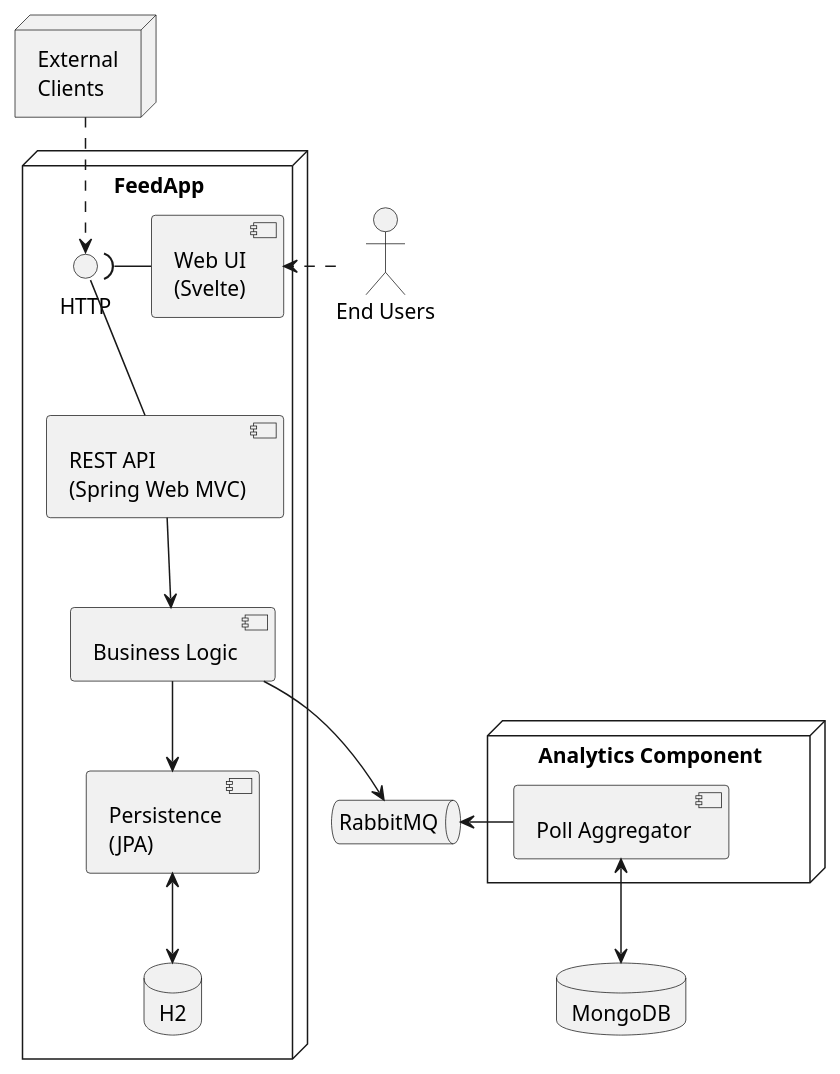
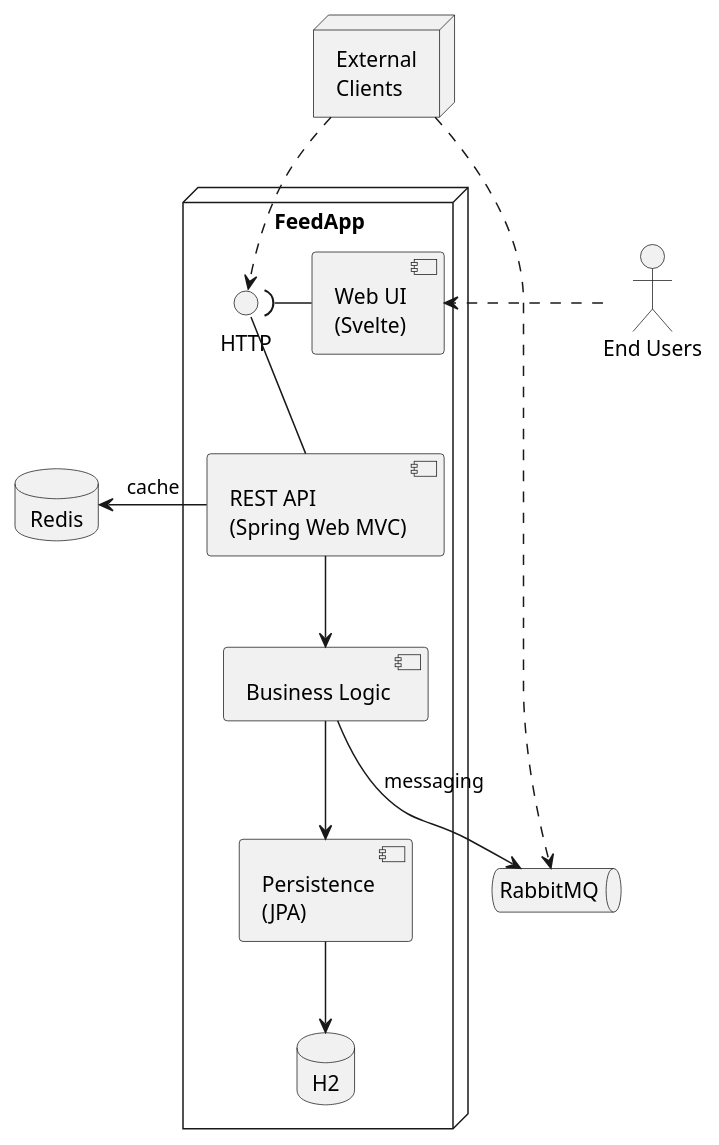
The diagram in projectdescription/assets/FeedApp.puml (selabhvl/dat250public), drawn with PlantUML before and after one commit. The commit also changed other lines of this file and 1 other file, not shown here.

Commit message:
update architecture

```diff
--- a/projectdescription/assets/FeedApp.puml
+++ b/projectdescription/assets/FeedApp.puml
@@ -1,29 +1,27 @@
 @startuml
 node "External\nClients" as mu
 node "FeedApp" {
 component "Web UI\n(Svelte)" as ui
 interface HTTP
 component "REST API\n(Spring Web MVC)" as api
 ui -left-( HTTP
 api -up- HTTP
 component "Business Logic" as dom
 component "Persistence\n(JPA)" as per
 database H2
 api -down-> dom
 dom -down-> per
-per <-down-> H2
+per -down-> H2
 }
-database "MongoDB" as mongo
+database "Redis" as redis
 
-node "Analytics Component" {
-component "Poll Aggregator" as agg
-}
+
 queue "RabbitMQ" as msg
-agg <-down-> mongo
-agg -left-> msg
-dom --> msg
+dom --> msg : messaging
+api -left-> redis : cache
 
 actor "End Users"  as ru
 ru .> ui
 mu .down.> HTTP
+mu .> msg
 @enduml
```
